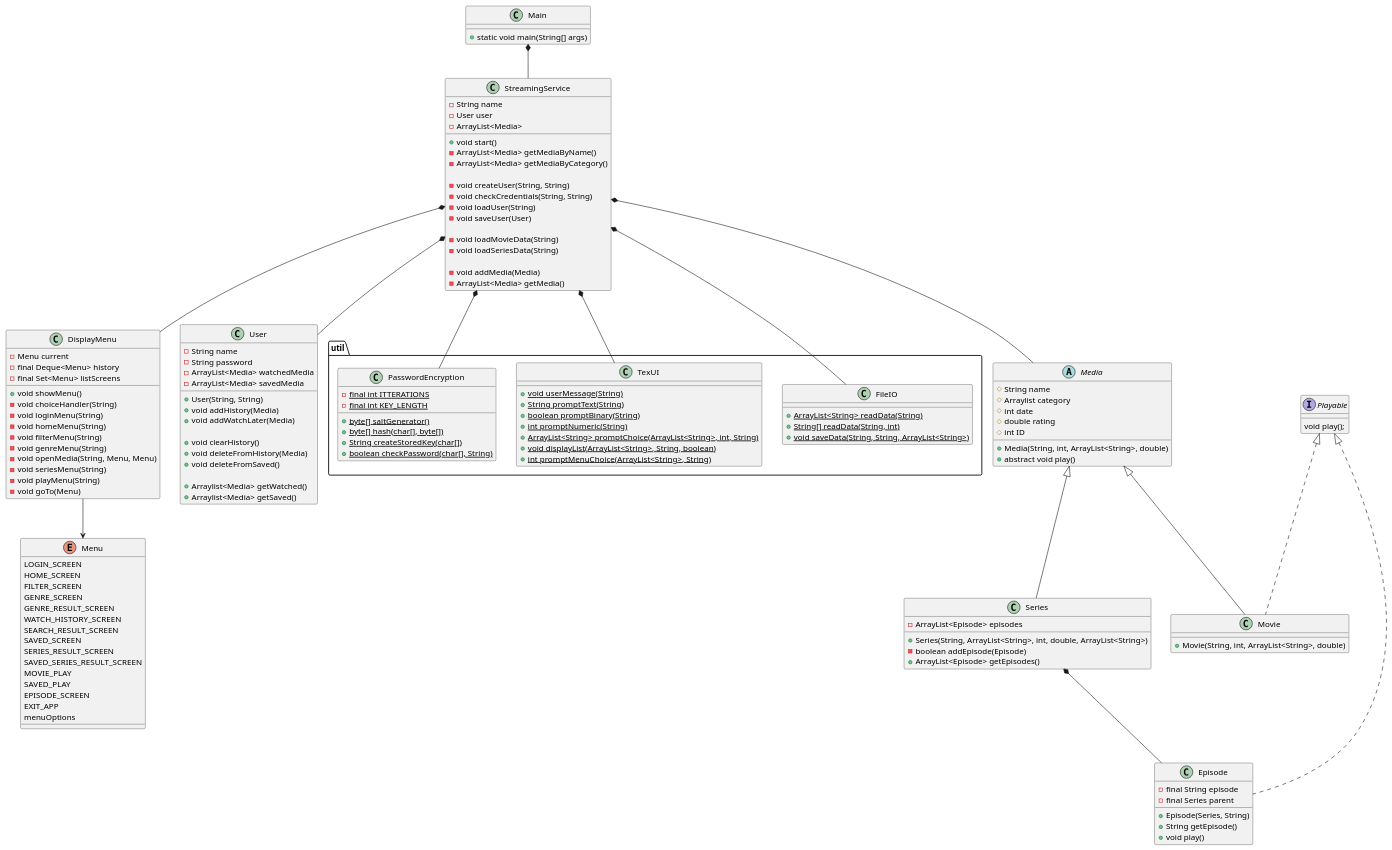
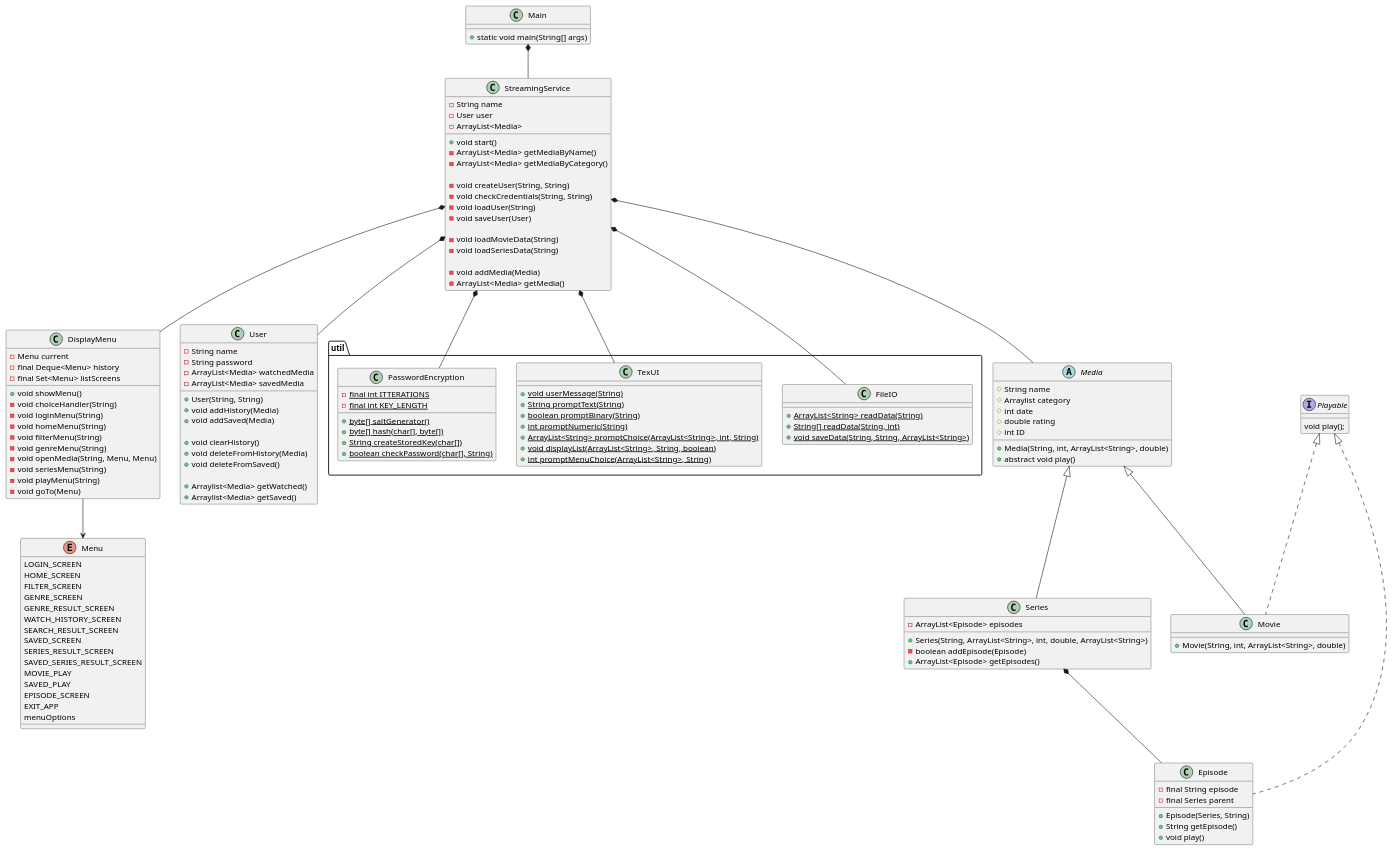
Before and after one commit to Studiegruppe-B/SP3-Streamingtjeneste: the diagram in doc/static/classDiagram.puml, drawn with PlantUML.

Commit message:
klassediagram deleteFromSaved()

```diff
--- a/doc/static/classDiagram.puml
+++ b/doc/static/classDiagram.puml
@@ -1,157 +1,157 @@
 @startuml
 class Main{
 + static void main(String[] args)
 
 }
 
 class StreamingService{
 - String name
 - User user
 - ArrayList<Media>
 + void start()
 - ArrayList<Media> getMediaByName()
 - ArrayList<Media> getMediaByCategory()
 
 - void createUser(String, String)
 - void checkCredentials(String, String)
 - void loadUser(String)
 - void saveUser(User)
 
 - void loadMovieData(String)
 - void loadSeriesData(String)
 
 - void addMedia(Media)
 - ArrayList<Media> getMedia()
 }
 
 
 
 
 abstract class Media{
 # String name
 # Arraylist category
 # int date
 # double rating
 # int ID
 + Media(String, int, ArrayList<String>, double)
 + abstract void play()
 
 }
 interface Playable {
 void play();
 }
 enum Menu{
 LOGIN_SCREEN
 HOME_SCREEN
 FILTER_SCREEN
 GENRE_SCREEN
 GENRE_RESULT_SCREEN
 WATCH_HISTORY_SCREEN
 SEARCH_RESULT_SCREEN
 SAVED_SCREEN
 SERIES_RESULT_SCREEN
 SAVED_SERIES_RESULT_SCREEN
 MOVIE_PLAY
 SAVED_PLAY
 EPISODE_SCREEN
 EXIT_APP
 menuOptions
 }
 
 class Episode implements Playable {
 - final String episode
 - final Series parent
 + Episode(Series, String)
 + String getEpisode()
 + void play()
 }
 
 class Movie implements Playable{
 + Movie(String, int, ArrayList<String>, double)
 }
 
 class Series {
 - ArrayList<Episode> episodes
 + Series(String, ArrayList<String>, int, double, ArrayList<String>)
 - boolean addEpisode(Episode)
 + ArrayList<Episode> getEpisodes()
 }
 
 class DisplayMenu{
 - Menu current
 - final Deque<Menu> history
 - final Set<Menu> listScreens
 + void showMenu()
 - void choiceHandler(String)
 - void loginMenu(String)
 - void homeMenu(String)
 - void filterMenu(String)
 - void genreMenu(String)
 - void openMedia(String, Menu, Menu)
 - void seriesMenu(String)
 - void playMenu(String)
 - void goTo(Menu)
 }
 
 
 class User{
 - String name
 - String password
 - ArrayList<Media> watchedMedia
 - ArrayList<Media> savedMedia
 + User(String, String)
 + void addHistory(Media)
-+ void addWatchLater(Media)
++ void addSaved(Media)
 
 + void clearHistory()
 + void deleteFromHistory(Media)
 + void deleteFromSaved()
 
 + Arraylist<Media> getWatched()
 + Arraylist<Media> getSaved()
 }
 
 package "util"{
 class FileIO{
 + {static} ArrayList<String> readData(String)
 + {static} String[] readData(String, int)
 + {static} void saveData(String, String, ArrayList<String>)
 }
 
 class TexUI{
 + {static} void userMessage(String)
 + {static} String promptText(String)
 + {static} boolean promptBinary(String)
 + {static} int promptNumeric(String)
 + {static} ArrayList<String> promptChoice(ArrayList<String>, int, String)
 + {static} void displayList(ArrayList<String>, String, boolean)
 + {static} int promptMenuChoice(ArrayList<String>, String)
 
 }
 
 class PasswordEncryption{
 - {static} final int ITTERATIONS
 - {static} final int KEY_LENGTH
 + {static} byte[] saltGenerator()
 + {static} byte[] hash(char[], byte[])
 + {static} String createStoredKey(char[])
 + {static} boolean checkPassword(char[], String)
 }
 
 
 
 
 }
 
 Main *-- StreamingService
 StreamingService *-- Media
 StreamingService *-- FileIO
 StreamingService *-- TexUI
 StreamingService *-- User
 StreamingService *-- DisplayMenu
 Media <|-- Movie
 Media <|-- Series
 Series *-- Episode
 StreamingService *-- PasswordEncryption
 DisplayMenu --> Menu
 @enduml
```
